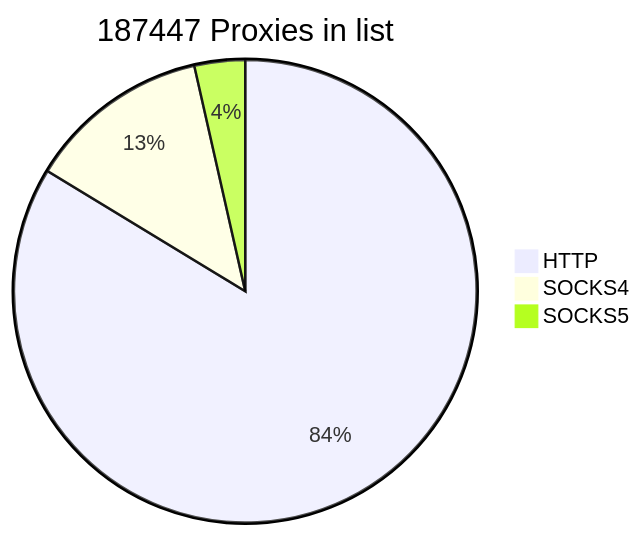
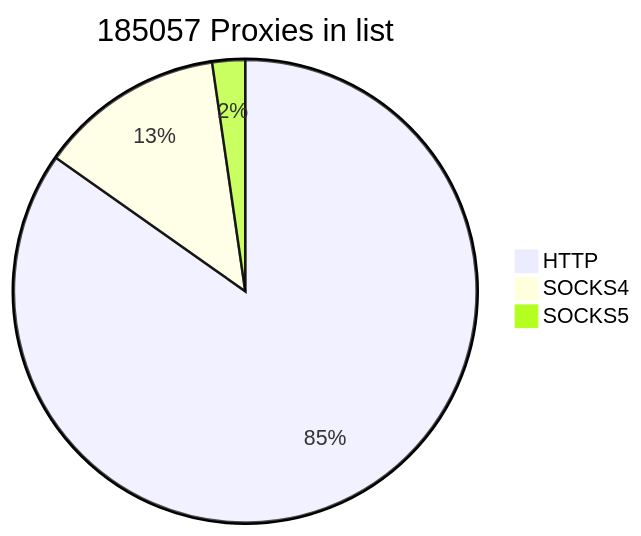
One commit to cutipu/proxylist changed the first of 2 diagrams in README.md. Above: the diagram before and after it, drawn with Mermaid. The commit also changed other lines of this file, not shown here.

````diff
--- a/README.md
+++ b/README.md
@@ -2,7 +2,7 @@
 ```mermaid
-pie title 187447 Proxies in list
+pie title 185057 Proxies in list
     "HTTP" : 156873
     "SOCKS4" : 23941
-    "SOCKS5" : 6633
+    "SOCKS5" : 4243
             
 ```
````
